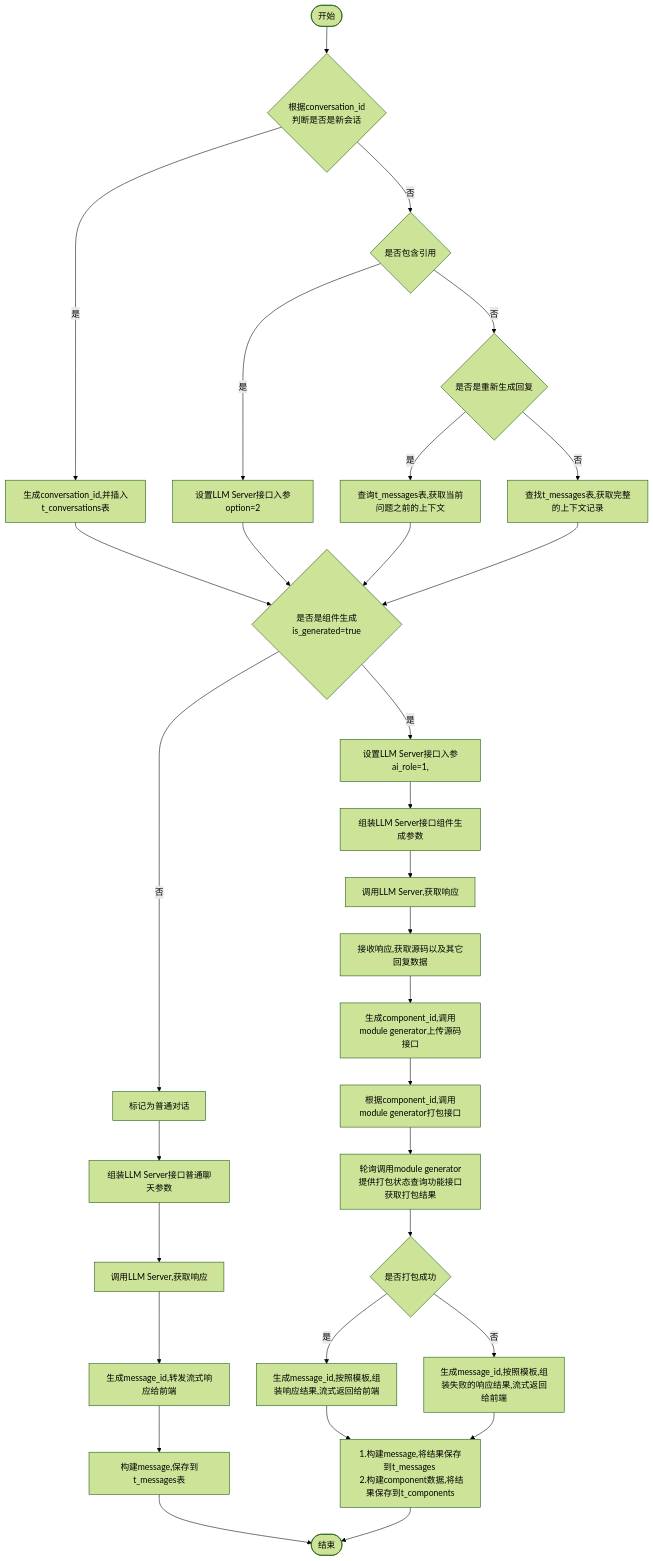
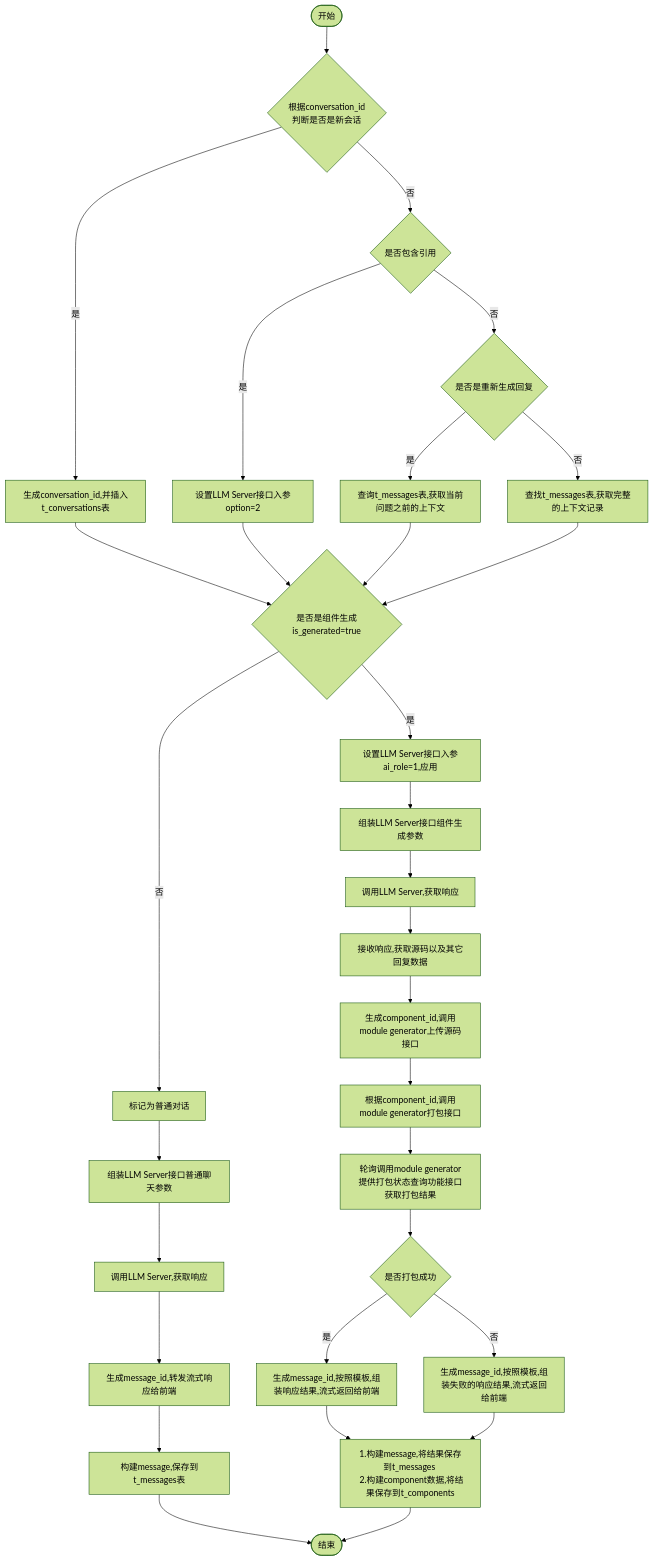
The diagram in all/w3-会话-不需要传递message.md (yingjianzh/iodraw-files), drawn with Mermaid (forest theme) before and after one commit.

Commit message:
2024-10-14 11:08:23 update

````diff
--- a/all/w3-会话-不需要传递message.md
+++ b/all/w3-会话-不需要传递message.md
@@ -1,35 +1,35 @@
 ```mermaid
 flowchart TD
     A([开始]) --> B{根据conversation_id \n 判断是否是新会话}
     B -- 是 --> C[生成conversation_id,并插入t_conversations表]
     B -- 否 --> D{是否包含引用}
     D -- 是 --> E[设置LLM Server接口入参option=2]
     D -- 否 --> F{是否是重新生成回复}
     F -- 是 --> G[查询t_messages表,获取当前问题之前的上下文]
     F -- 否 --> H[查找t_messages表,获取完整的上下文记录]
      
     C & E & G & H --> I{是否是组件生成is_generated=true}
-    I -- 是 --> J[设置LLM Server接口入参ai_role=1,]
+    I -- 是 --> J[设置LLM Server接口入参ai_role=1,应用]
     I -- 否 --> K[标记为普通对话]
 
 
     J --> L[组装LLM Server接口组件生成参数]    
     K --> M[组装LLM Server接口普通聊天参数]    
     M --> N[调用LLM Server,获取响应]    
     N --> O[生成message_id,转发流式响应给前端]
     O --> P[构建message,保存到t_messages表]
     P --> R([结束])
 
 
     L --> S[调用LLM Server,获取响应]
     S --> T[接收响应,获取源码以及其它回复数据]
     T --> U[生成component_id,调用module generator上传源码接口]
     U --> V[根据component_id,调用module generator打包接口]
     V --> W[轮询调用module generator提供打包状态查询功能接口获取打包结果]
     W --> X{是否打包成功}
     X -- 是 --> Y[生成message_id,按照模板,组装响应结果,流式返回给前端]
     X -- 否 --> Z[生成message_id,按照模板,组装失败的响应结果,流式返回给前端]
 
     Y & Z --> Result[1.构建message,将结果保存到t_messages \n 2.构建component数据,将结果保存到t_components]
     Result --> R
 ```
````
